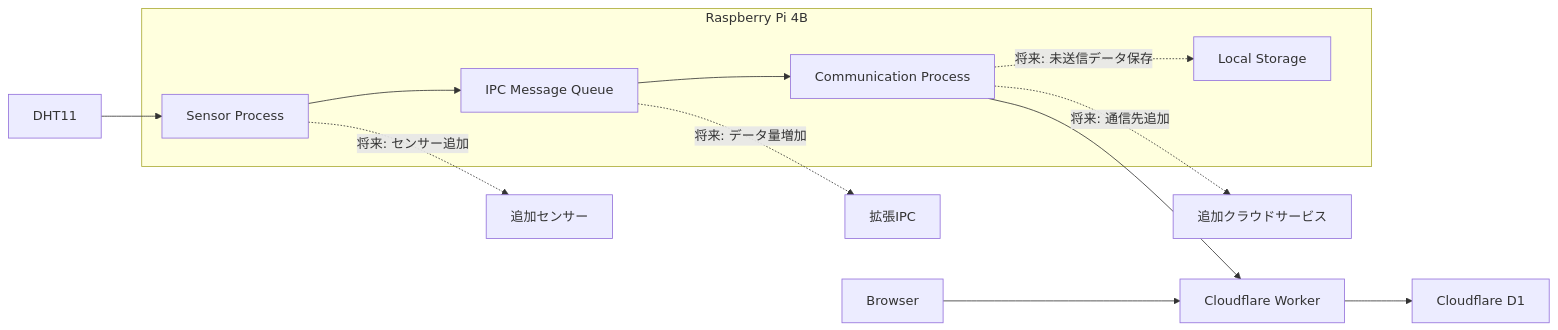
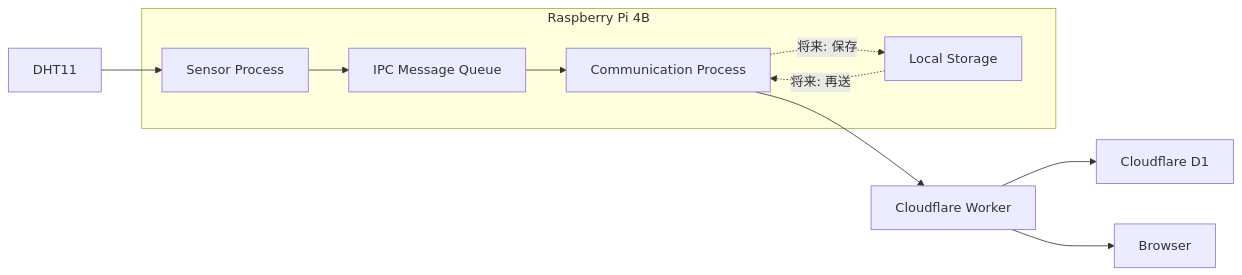
One commit to yujimasuda77777/Raspberry_Pi_4B_Edge_IoT_System changed diagram 12 of 31 in docs/07_verification_review.md. Above: the diagram before and after it, drawn with Mermaid. The commit also changed other lines of this file and 1 other file, not shown here.

````diff
--- a/docs/07_verification_review.md
+++ b/docs/07_verification_review.md
@@ -1281,27 +1489,25 @@
 ```mermaid
 flowchart LR
     Sensor["DHT11"]
 
     subgraph Edge["Raspberry Pi 4B"]
         SensorP["Sensor Process"]
         IPC["IPC Message Queue"]
         CommP["Communication Process"]
         Local["Local Storage"]
     end
 
     Worker["Cloudflare Worker"]
     D1["Cloudflare D1"]
     Browser["Browser"]
 
     Sensor --> SensorP
     SensorP --> IPC
     IPC --> CommP
     CommP --> Worker
     Worker --> D1
-    Browser --> Worker
+    Worker --> Browser
 
-    SensorP -.->|将来: センサー追加| Sensor2["追加センサー"]
-    CommP -.->|将来: 通信先追加| Service["追加クラウドサービス"]
-    IPC -.->|将来: データ量増加| IPC2["拡張IPC"]
-    CommP -.->|将来: 未送信データ保存| Local
+    CommP -.->|将来: 保存| Local
+    Local -.->|将来: 再送| CommP
 ```
````
